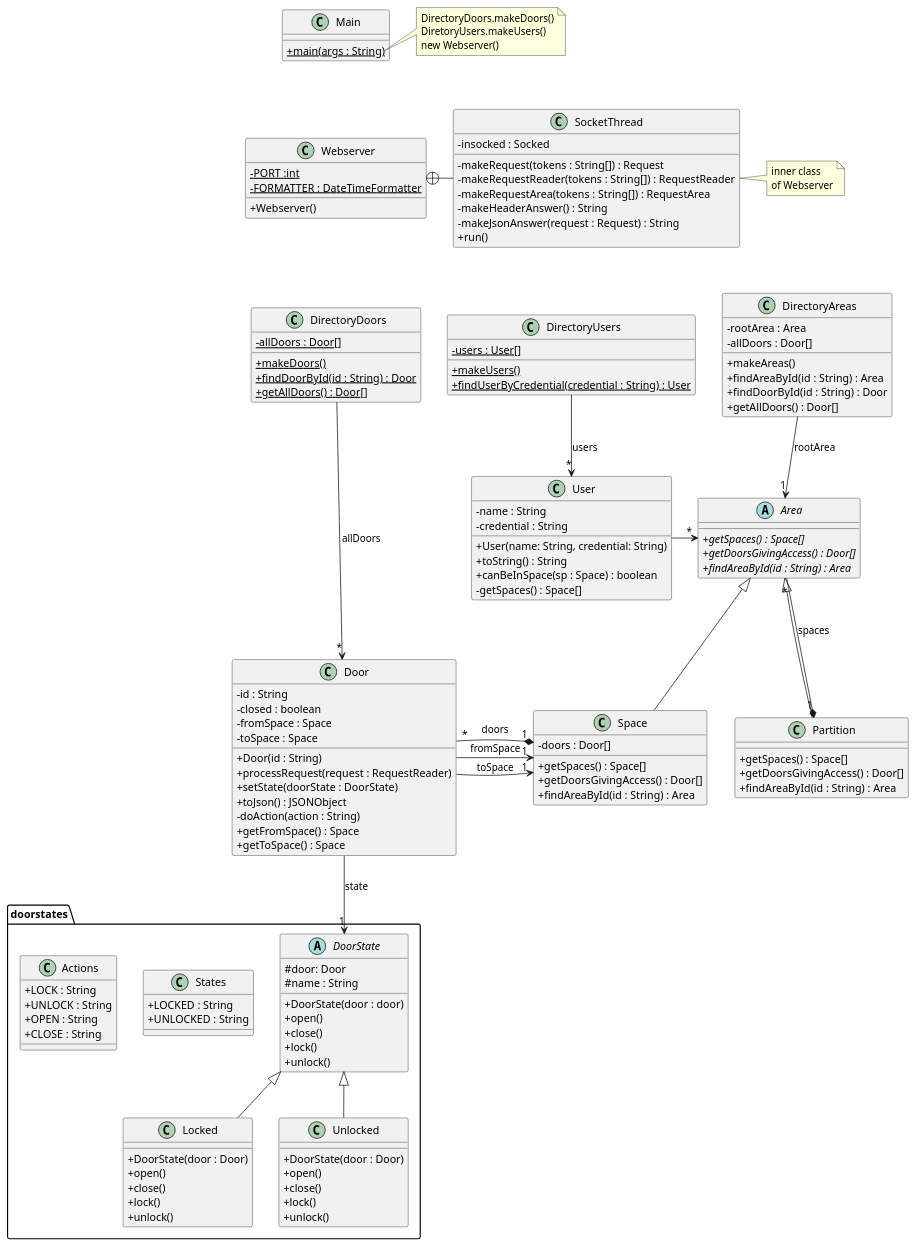
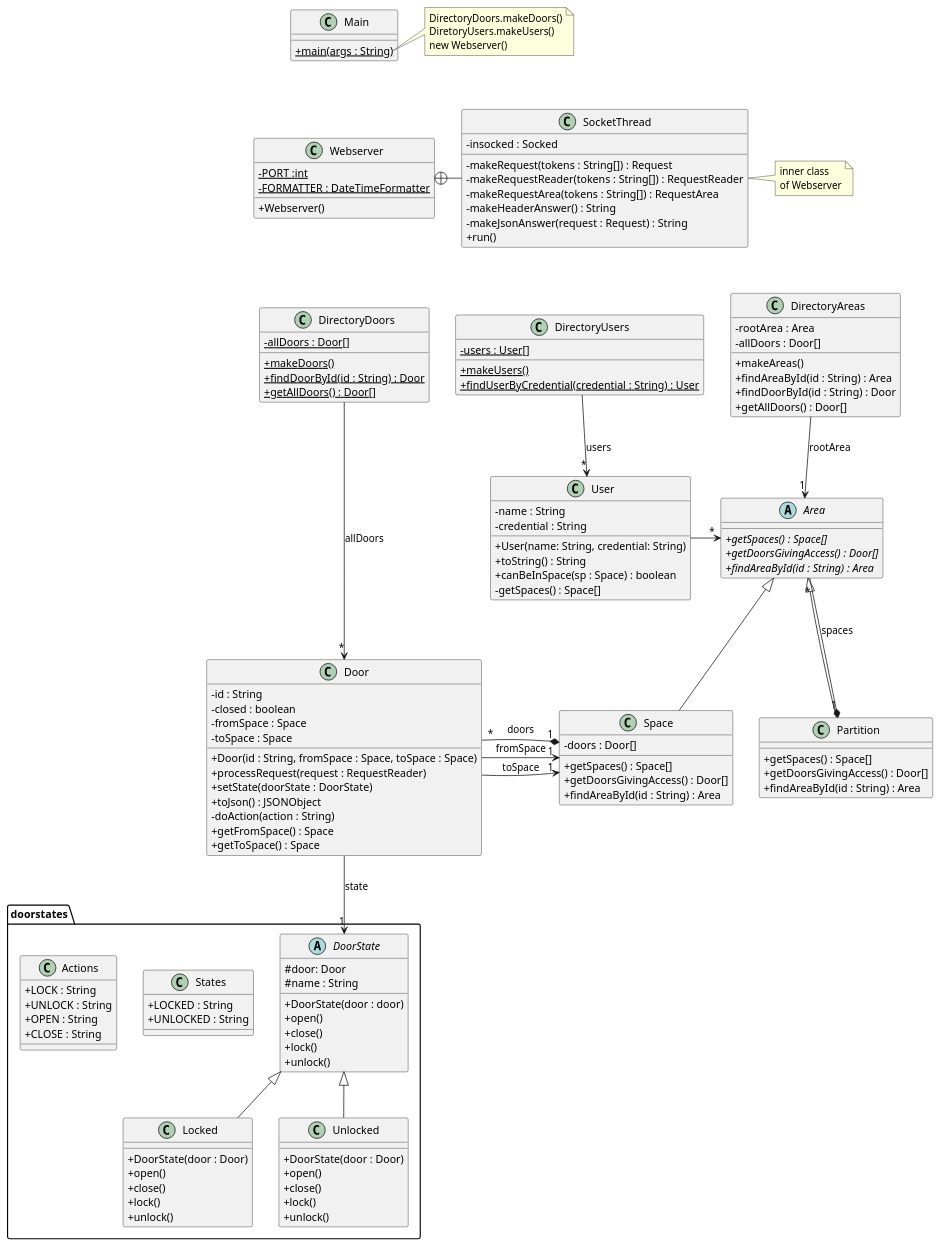
Before and after one commit to leonhrt/DSW-ACS: the diagram in src/baseNoStates/uml/base_no_states.puml, drawn with PlantUML. The commit also changed 1 other file, not shown here.

Commit message:
door updated (constructor and getters)

```diff
--- a/src/baseNoStates/uml/base_no_states.puml
+++ b/src/baseNoStates/uml/base_no_states.puml
@@ -1,168 +1,168 @@
 @startuml
 'https://plantuml.com/class-diagram
 skinparam classAttributeIconSize 0
 
 class Webserver {
 - {static} PORT :int
 - {static} FORMATTER : DateTimeFormatter
 + Webserver()
 }
 
 class SocketThread {
 - insocked : Socked
 - makeRequest(tokens : String[]) : Request
 - makeRequestReader(tokens : String[]) : RequestReader
 - makeRequestArea(tokens : String[]) : RequestArea
 - makeHeaderAnswer() : String
 - makeJsonAnswer(request : Request) : String
 + run()
 }
 
 Webserver +-right- SocketThread
 
 note right of SocketThread
 inner class
 of Webserver
 end note
 
 class DirectoryDoors {
 - {static} allDoors : Door[]
 + {static} makeDoors()
 + {static} findDoorById(id : String) : Door
 + {static} getAllDoors() : Door[]
 }
 
 DirectoryDoors --> "*" Door : "allDoors"
 
 class DirectoryUsers {
 - {static} users : User[]
 + {static} makeUsers()
 + {static} findUserByCredential(credential : String) : User
 }
 
 DirectoryUsers --> "*" User : "users"
 
 class Door {
 - id : String
 - closed : boolean
 - fromSpace : Space
 - toSpace : Space
-+ Door(id : String)
++ Door(id : String, fromSpace : Space, toSpace : Space)
 + processRequest(request : RequestReader)
 + setState(doorState : DoorState)
 + toJson() : JSONObject
 '+ toString() : String
 '+ isClosed() :boolean
 '+ setClosed(b : boolean)
 '+ getStateName() : String
 - doAction(action : String)
 + getFromSpace() : Space
 + getToSpace() : Space
 }
 
 class Space extends Area{
 -doors : Door[]
 +getSpaces() : Space[]
 +getDoorsGivingAccess() : Door[]
 +findAreaById(id : String) : Area
 }
 
 class Partition extends Area{
 +getSpaces() : Space[]
 +getDoorsGivingAccess() : Door[]
 +findAreaById(id : String) : Area
 }
 
 
 package "doorstates" {
 abstract class DoorState{
 # door: Door
 #name : String
 +DoorState(door : door)
 +open()
 +close()
 +lock()
 +unlock()
 }
 
 class Locked extends DoorState{
 +DoorState(door : Door)
 +open()
 +close()
 +lock()
 +unlock()
 }
 
 class Unlocked extends DoorState{
 +DoorState(door : Door)
 +open()
 +close()
 +lock()
 +unlock()
 }
 
 class States{
 +LOCKED : String
 +UNLOCKED : String
 }
 
 class Actions{
 +LOCK : String
 +UNLOCK : String
 +OPEN : String
 + CLOSE : String
 }
 }
 
 class DirectoryAreas{
 -rootArea : Area
 -allDoors : Door[]
 +makeAreas()
 +findAreaById(id : String) : Area
 +findDoorById(id : String) : Door
 +getAllDoors() : Door[]
 }
 
 
 
 
 class User {
 - name : String
 - credential : String
 + User(name: String, credential: String)
 + toString() : String
 + canBeInSpace(sp : Space) : boolean
 - getSpaces() : Space[]
 }
 
 abstract Class Area{
 +{abstract}getSpaces() : Space[]
 +{abstract}getDoorsGivingAccess() : Door[]
 +{abstract}findAreaById(id : String) : Area
 }
 
 
 class Main {
 + {static} main(args : String)
 }
 
 note right of Main::main
 DirectoryDoors.makeDoors()
 DiretoryUsers.makeUsers()
 new Webserver()
 end note
 
 Main -[hidden]down- Webserver
 Webserver -[hidden]down- DirectoryDoors
 DirectoryDoors -[hidden]right- DirectoryUsers
 
 
 Door --> " 1" DoorState : state
 Door -> "1" Space : fromSpace
 Door -> "1" Space : toSpace
 Space "1" *-left- "*" Door : doors
 User -> "*" Area
 Partition "1" *-- "*" Area : spaces
 DirectoryAreas -down-> "1" Area : rootArea
 
 @enduml
```
